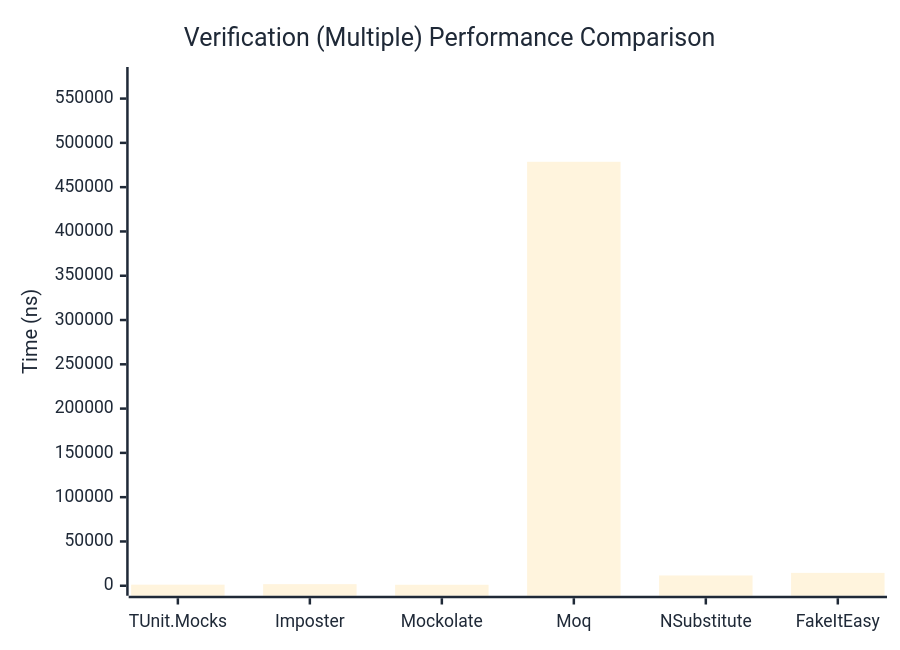
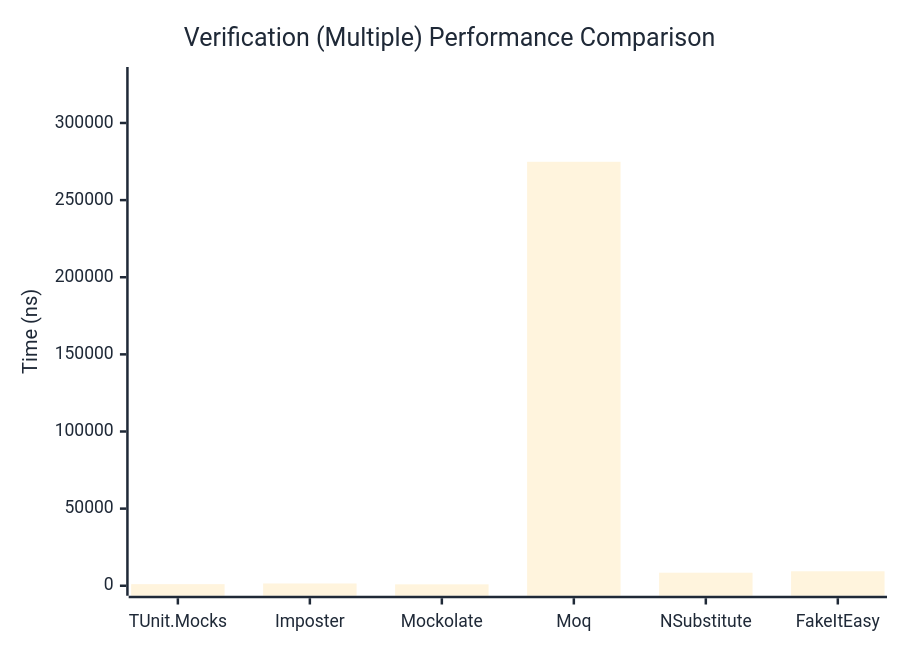
One commit to thomhurst/TUnit changed the third of 3 diagrams in docs/docs/benchmarks/mocks/Verification.md. Above: the diagram before and after it, drawn with Mermaid. The commit also changed other lines of this file and 14 other files, not shown here.

````diff
--- a/docs/docs/benchmarks/mocks/Verification.md
+++ b/docs/docs/benchmarks/mocks/Verification.md
@@ -112,27 +112,27 @@
 ```mermaid
 %%{init: {
   'theme':'base',
   'themeVariables': {
     'primaryColor': '#2563eb',
     'primaryTextColor': '#1f2937',
     'primaryBorderColor': '#1e40af',
     'lineColor': '#6b7280',
     'secondaryColor': '#7c3aed',
     'tertiaryColor': '#dc2626',
     'background': '#ffffff',
     'pie1': '#2563eb',
     'pie2': '#7c3aed',
     'pie3': '#dc2626',
     'pie4': '#f59e0b',
     'pie5': '#10b981',
     'pie6': '#06b6d4',
     'pie7': '#ec4899',
     'pie8': '#6366f1'
   }
 }}%%
 xychart-beta
   title "Verification (Multiple) Performance Comparison"
   x-axis ["TUnit.Mocks", "Imposter", "Mockolate", "Moq", "NSubstitute", "FakeItEasy"]
-  y-axis "Time (ns)" 0 --> 574369
-  bar [1227.78, 1787.81, 1115.71, 478640.59, 11611.44, 14538.89]
+  y-axis "Time (ns)" 0 --> 329806
+  bar [1033.38, 1476.86, 912.25, 274837.66, 8452.37, 9379.44]
 ```
````
